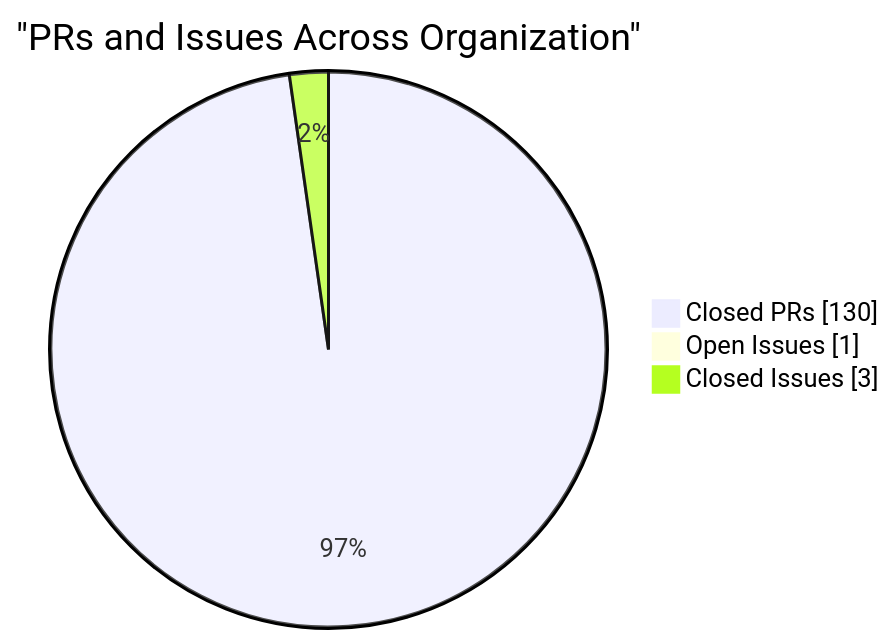
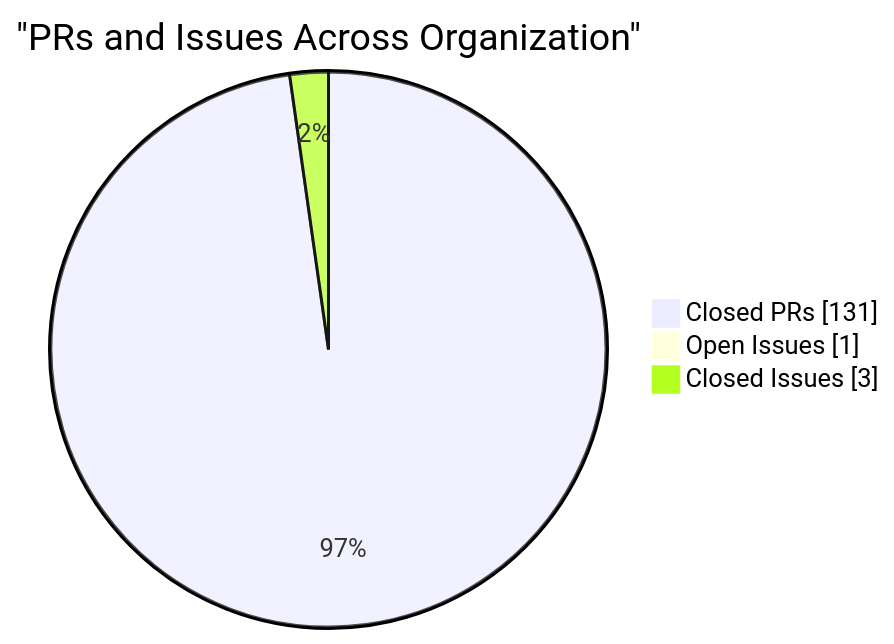
The fourth of 4 diagrams in profile/README.md (CSTH-Projects/.github), drawn with Mermaid before and after one commit. The commit also changed other lines of this file, not shown here.

````diff
--- a/profile/README.md
+++ b/profile/README.md
@@ -100,7 +100,7 @@
 ```mermaid
 pie showData
     title "PRs and Issues Across Organization"
-    "Closed PRs" : 130
+    "Closed PRs" : 131
     "Open Issues" : 1
     "Closed Issues" : 3
 ```
````
